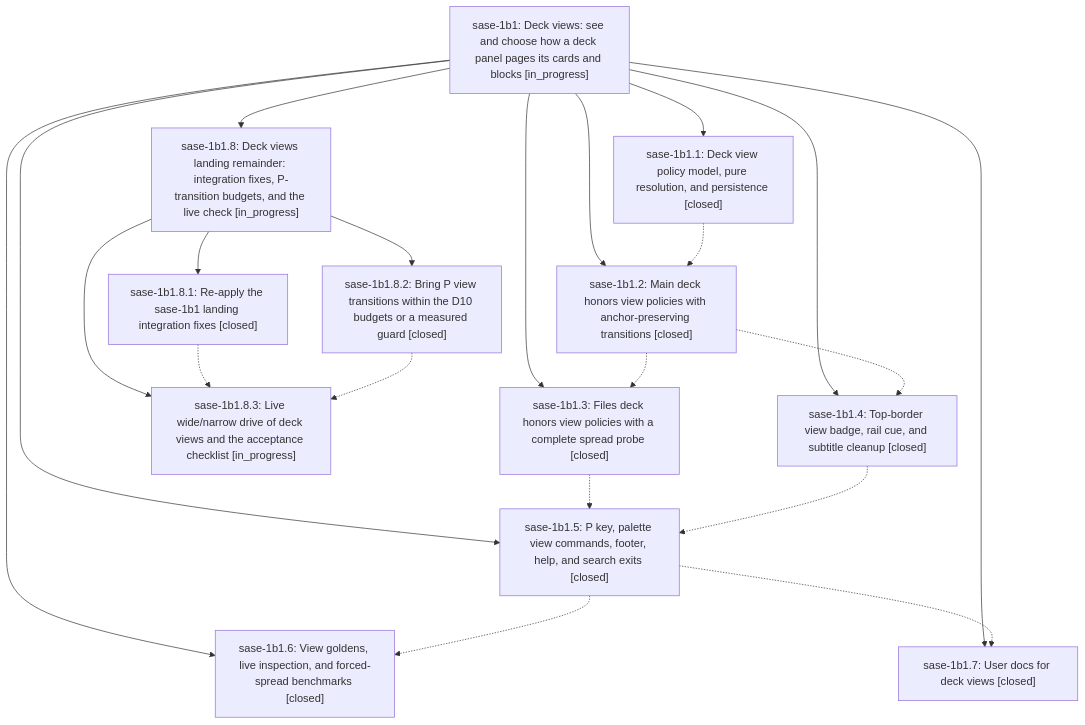
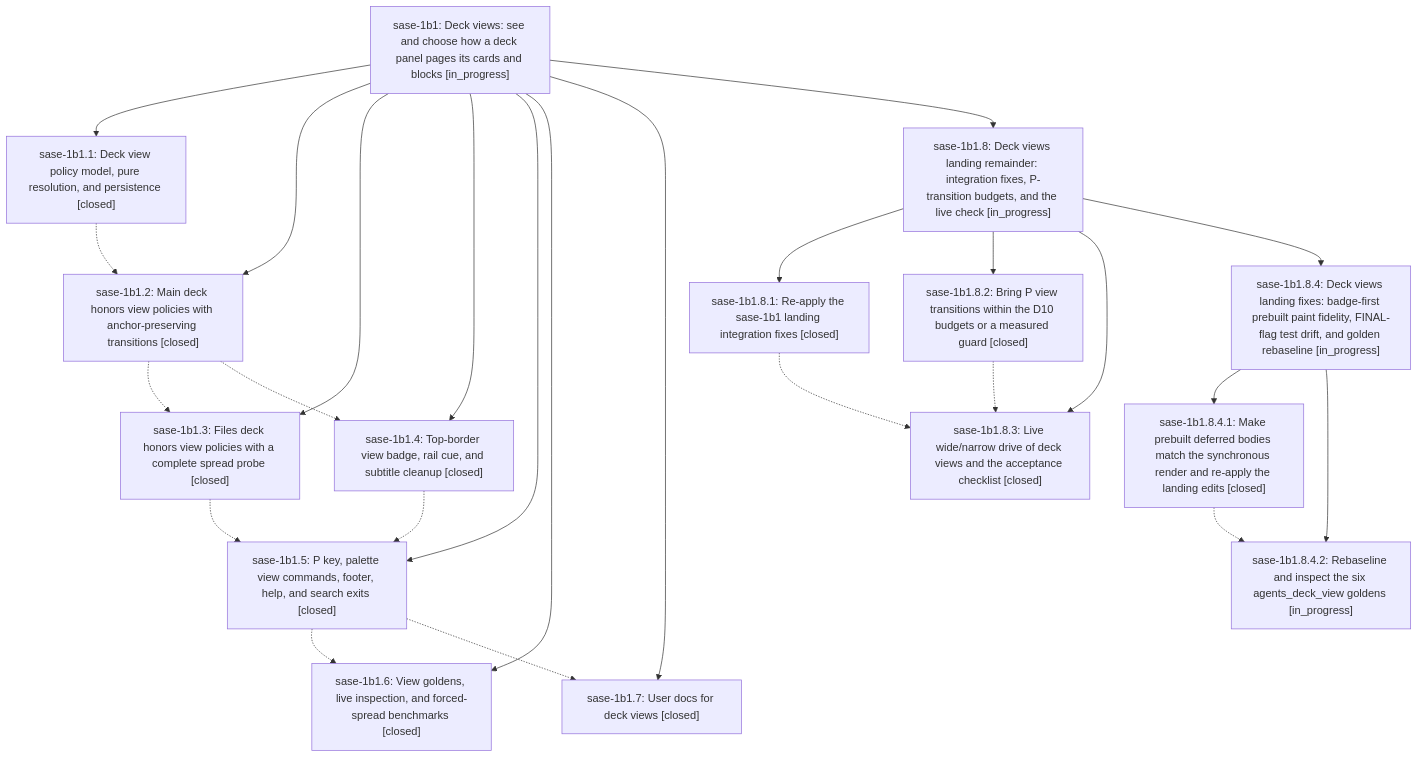
One commit to sase-org/sase--beads changed the diagram in pages/sase-1b1/README.md. Above: the diagram before and after it, drawn with Mermaid. The commit also changed other lines of this file and 7 other files, not shown here.

````diff
--- a/pages/sase-1b1/README.md
+++ b/pages/sase-1b1/README.md
@@ -104,35 +106,42 @@
 ```mermaid
 flowchart TD
     n0["sase-1b1: Deck views: see and choose how a deck panel pages its cards and blocks [in_progress]"]
     n1["sase-1b1.1: Deck view policy model, pure resolution, and persistence [closed]"]
     n2["sase-1b1.2: Main deck honors view policies with anchor-preserving transitions [closed]"]
     n3["sase-1b1.3: Files deck honors view policies with a complete spread probe [closed]"]
     n4["sase-1b1.4: Top-border view badge, rail cue, and subtitle cleanup [closed]"]
     n5["sase-1b1.5: P key, palette view commands, footer, help, and search exits [closed]"]
     n6["sase-1b1.6: View goldens, live inspection, and forced-spread benchmarks [closed]"]
     n7["sase-1b1.7: User docs for deck views [closed]"]
     n8["sase-1b1.8: Deck views landing remainder: integration fixes, P-transition budgets, and the live check [in_progress]"]
     n9["sase-1b1.8.1: Re-apply the sase-1b1 landing integration fixes [closed]"]
     n10["sase-1b1.8.2: Bring P view transitions within the D10 budgets or a measured guard [closed]"]
-    n11["sase-1b1.8.3: Live wide/narrow drive of deck views and the acceptance checklist [in_progress]"]
+    n11["sase-1b1.8.3: Live wide/narrow drive of deck views and the acceptance checklist [closed]"]
+    n12["sase-1b1.8.4: Deck views landing fixes: badge-first prebuilt paint fidelity, FINAL-flag test drift, and golden rebaseline [in_progress]"]
+    n13["sase-1b1.8.4.1: Make prebuilt deferred bodies match the synchronous render and re-apply the landing edits [closed]"]
+    n14["sase-1b1.8.4.2: Rebaseline and inspect the six agents_deck_view goldens [in_progress]"]
     n0 --> n1
     n0 --> n2
     n0 --> n3
     n0 --> n4
     n0 --> n5
     n0 --> n6
     n0 --> n7
     n0 --> n8
     n8 --> n9
     n8 --> n10
     n8 --> n11
+    n8 --> n12
+    n12 --> n13
+    n12 --> n14
     n1 -.-> n2
     n2 -.-> n3
     n2 -.-> n4
     n3 -.-> n5
     n4 -.-> n5
     n5 -.-> n6
     n5 -.-> n7
     n9 -.-> n11
     n10 -.-> n11
+    n13 -.-> n14
 ```
````
